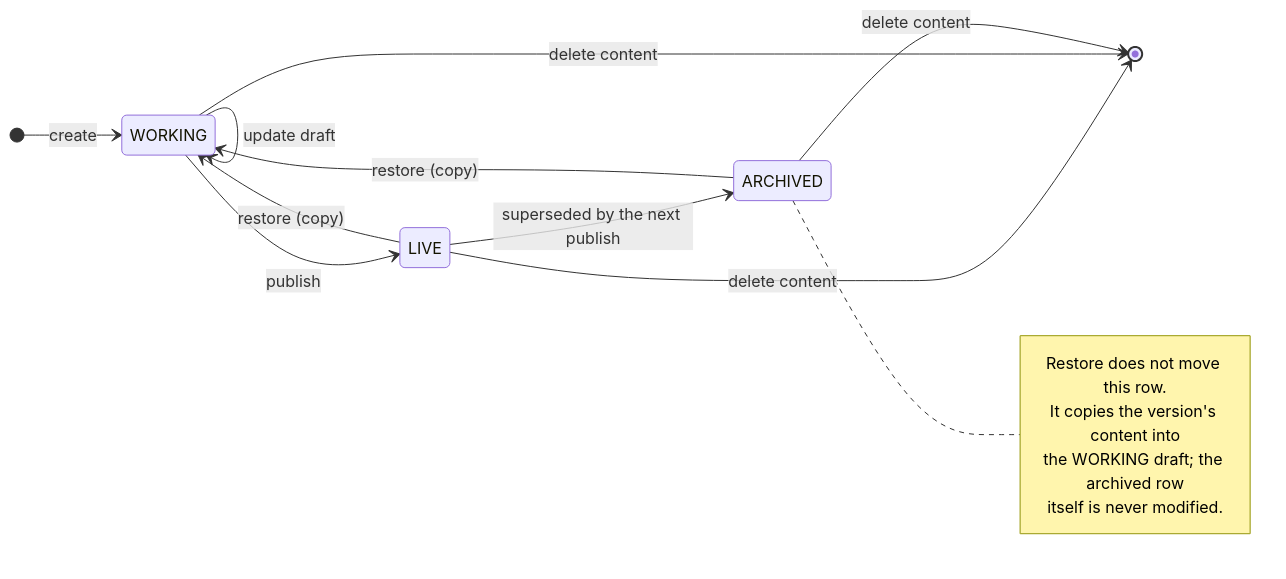
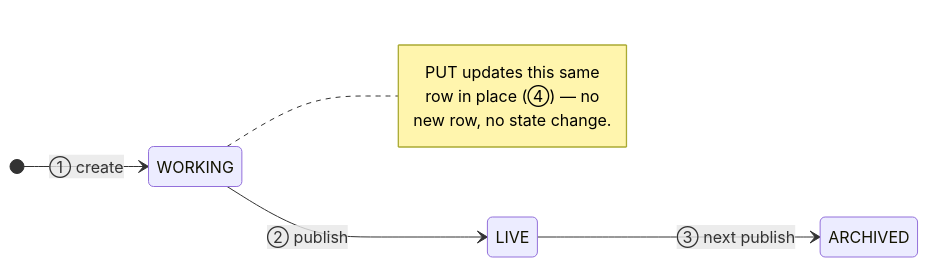
Before and after one commit to PaulDMooney/Contented_Java: the second of 7 diagrams in docs/content-model.md, drawn with Mermaid. The commit also changed other lines of this file and 1 other file, not shown here.

First line of the commit message:
docs: bring CLAUDE.md up to date with versioning; simplify lifecycle diagram

````diff
--- a/docs/content-model.md
+++ b/docs/content-model.md
@@ -79,22 +89,14 @@
 ```mermaid
 stateDiagram-v2
     direction LR
 
-    [*] --> WORKING : create
-    WORKING --> WORKING : update draft
-    WORKING --> LIVE : publish
-    LIVE --> ARCHIVED : superseded by the next publish
-    ARCHIVED --> WORKING : restore (copy)
-    LIVE --> WORKING : restore (copy)
+    [*] --> WORKING : ① create
+    WORKING --> LIVE : ② publish
+    LIVE --> ARCHIVED : ③ next publish
 
-    LIVE --> [*] : delete content
-    WORKING --> [*] : delete content
-    ARCHIVED --> [*] : delete content
-
-    note right of ARCHIVED
-        Restore does not move this row.
-        It copies the version's content into
-        the WORKING draft; the archived row
-        itself is never modified.
+    note right of WORKING
+        PUT updates this same
+        row in place (④) — no
+        new row, no state change.
     end note
 ```
````
